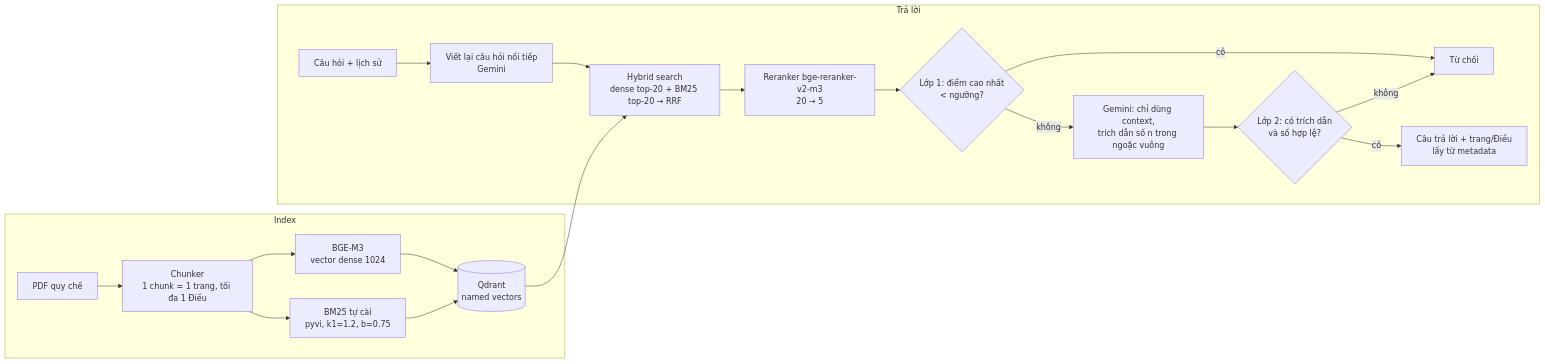
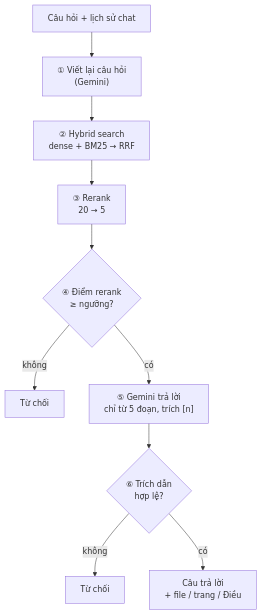
The second of 2 diagrams in README.md (CungDoHaiPhong279/rag-regulation-chatbot), drawn with Mermaid before and after one commit. The commit also changed other lines of this file, not shown here.

Commit message:
docs(readme): split architecture into two simpler diagrams with step table

````diff
--- a/README.md
+++ b/README.md
@@ -12,22 +27,12 @@
 ```mermaid
-flowchart LR
-    subgraph Index
-        PDF[PDF quy chế] --> CH[Chunker<br/>1 chunk = 1 trang, tối đa 1 Điều]
-        CH --> D[BGE-M3<br/>vector dense 1024]
-        CH --> S[BM25 tự cài<br/>pyvi, k1=1.2, b=0.75]
-        D --> Q[(Qdrant<br/>named vectors)]
-        S --> Q
-    end
-    subgraph "Trả lời"
-        U[Câu hỏi + lịch sử] --> RW[Viết lại câu hỏi nối tiếp<br/>Gemini]
-        RW --> H[Hybrid search<br/>dense top-20 + BM25 top-20 → RRF]
-        Q --> H
-        H --> RR[Reranker bge-reranker-v2-m3<br/>20 → 5]
-        RR --> L1{Lớp 1: điểm cao nhất<br/>< ngưỡng?}
-        L1 -- có --> REF[Từ chối]
-        L1 -- không --> LLM[Gemini: chỉ dùng context,<br/>trích dẫn số n trong ngoặc vuông]
-        LLM --> L2{Lớp 2: có trích dẫn<br/>và số hợp lệ?}
-        L2 -- không --> REF
-        L2 -- có --> A[Câu trả lời + trang/Điều<br/>lấy từ metadata]
-    end
+flowchart TD
+    U["Câu hỏi + lịch sử chat"] --> RW["① Viết lại câu hỏi<br/>(Gemini)"]
+    RW --> H["② Hybrid search<br/>dense + BM25 → RRF"]
+    H --> RR["③ Rerank<br/>20 → 5"]
+    RR --> L1{"④ Điểm rerank<br/>≥ ngưỡng?"}
+    L1 -- "không" --> R1["Từ chối"]
+    L1 -- "có" --> LLM["⑤ Gemini trả lời<br/>chỉ từ 5 đoạn, trích [n]"]
+    LLM --> L2{"⑥ Trích dẫn<br/>hợp lệ?"}
+    L2 -- "không" --> R2["Từ chối"]
+    L2 -- "có" --> A["Câu trả lời<br/>+ file / trang / Điều"]
 ```
````
